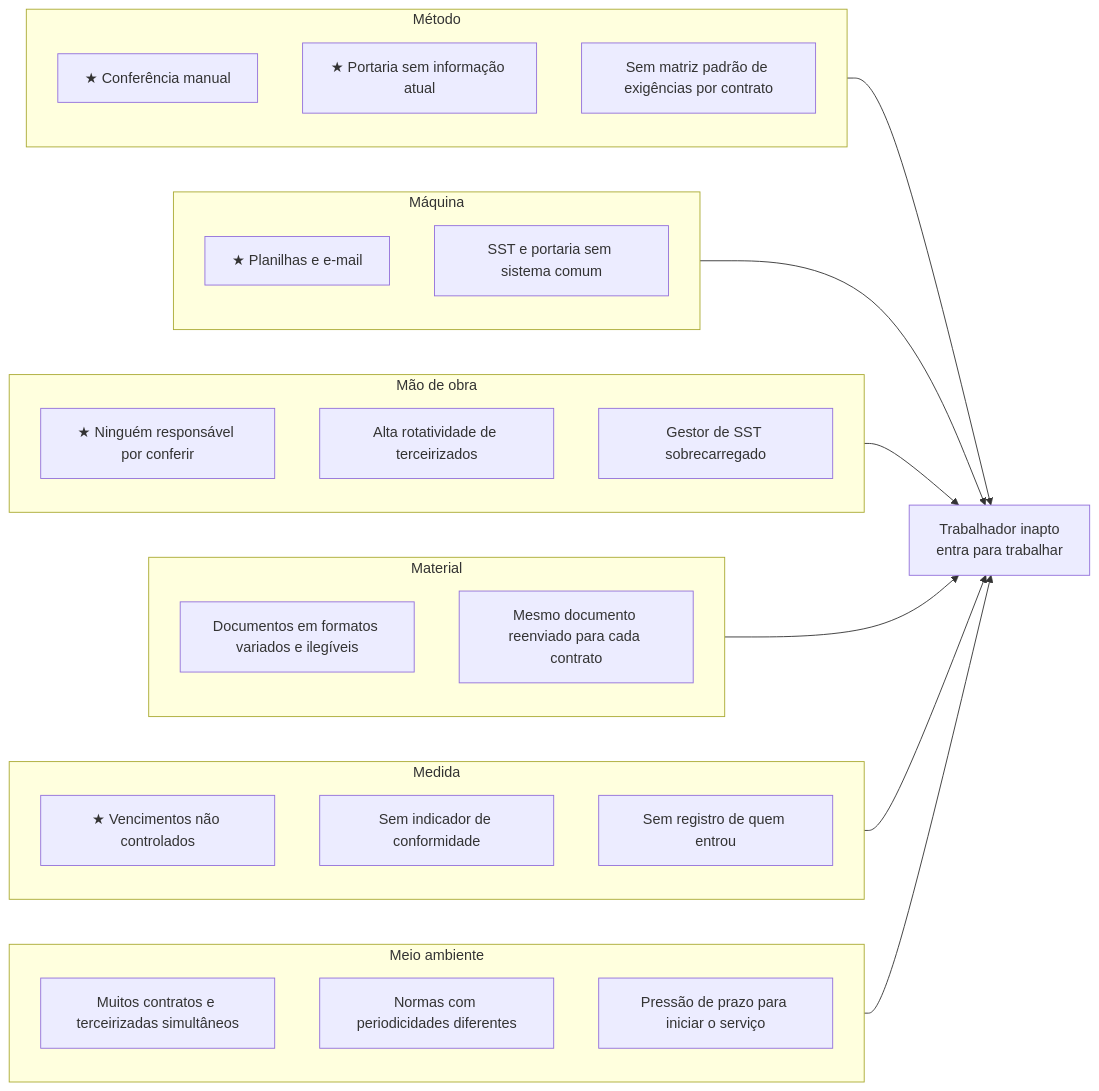
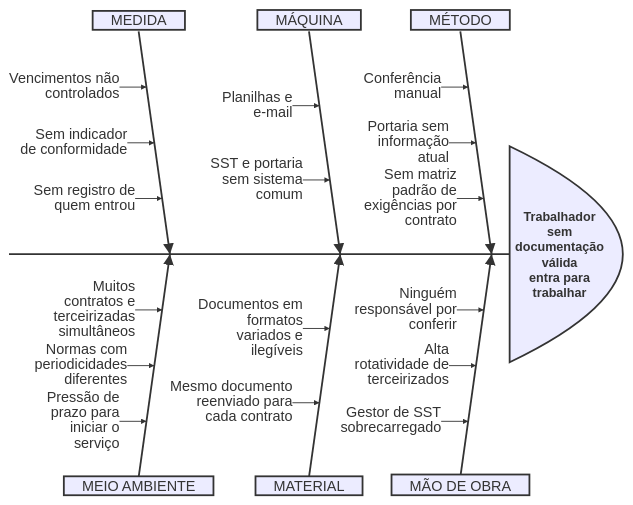
One commit to osamuelleite/habilita-docs changed the diagram in docs/produto/estrategia/ishikawa.md. Above: the diagram before and after it, drawn with Mermaid.

Commit message:
docs: atualiza Ishikawa com diagrama espinha de peixe
Updated Ishikawa diagram with new causes and categories.

````diff
--- a/docs/produto/estrategia/ishikawa.md
+++ b/docs/produto/estrategia/ishikawa.md
@@ -15,37 +15,26 @@
 ```mermaid
-flowchart LR
-  subgraph MET[Método]
-    M1[★ Conferência manual]
-    M2[★ Portaria sem informação atual]
-    M3[Sem matriz padrão de exigências por contrato]
-  end
-  subgraph MAQ[Máquina]
-    Q1[★ Planilhas e e-mail]
-    Q2[SST e portaria sem sistema comum]
-  end
-  subgraph MAO[Mão de obra]
-    O1[★ Ninguém responsável por conferir]
-    O2[Alta rotatividade de terceirizados]
-    O3[Gestor de SST sobrecarregado]
-  end
-  subgraph MAT[Material]
-    T1[Documentos em formatos variados e ilegíveis]
-    T2[Mesmo documento reenviado para cada contrato]
-  end
-  subgraph MED[Medida]
-    D1[★ Vencimentos não controlados]
-    D2[Sem indicador de conformidade]
-    D3[Sem registro de quem entrou]
-  end
-  subgraph MEI[Meio ambiente]
-    E1[Muitos contratos e terceirizadas simultâneos]
-    E2[Normas com periodicidades diferentes]
-    E3[Pressão de prazo para iniciar o serviço]
-  end
-  MET --> EF[Trabalhador inapto<br/>entra para trabalhar]
-  MAQ --> EF
-  MAO --> EF
-  MAT --> EF
-  MED --> EF
-  MEI --> EF
+ishikawa-beta
+    Trabalhador sem documentação válida entra para trabalhar
+    MÉTODO
+        Conferência manual
+        Portaria sem informação atual
+        Sem matriz padrão de exigências por contrato
+    MÃO DE OBRA
+        Ninguém responsável por conferir
+        Alta rotatividade de terceirizados
+        Gestor de SST sobrecarregado
+    MÁQUINA
+        Planilhas e e-mail
+        SST e portaria sem sistema comum
+    MATERIAL
+        Documentos em formatos variados e ilegíveis
+        Mesmo documento reenviado para cada contrato
+    MEDIDA
+        Vencimentos não controlados
+        Sem indicador de conformidade
+        Sem registro de quem entrou
+    MEIO AMBIENTE
+        Muitos contratos e terceirizadas simultâneos
+        Normas com periodicidades diferentes
+        Pressão de prazo para iniciar o serviço
 ```
````
